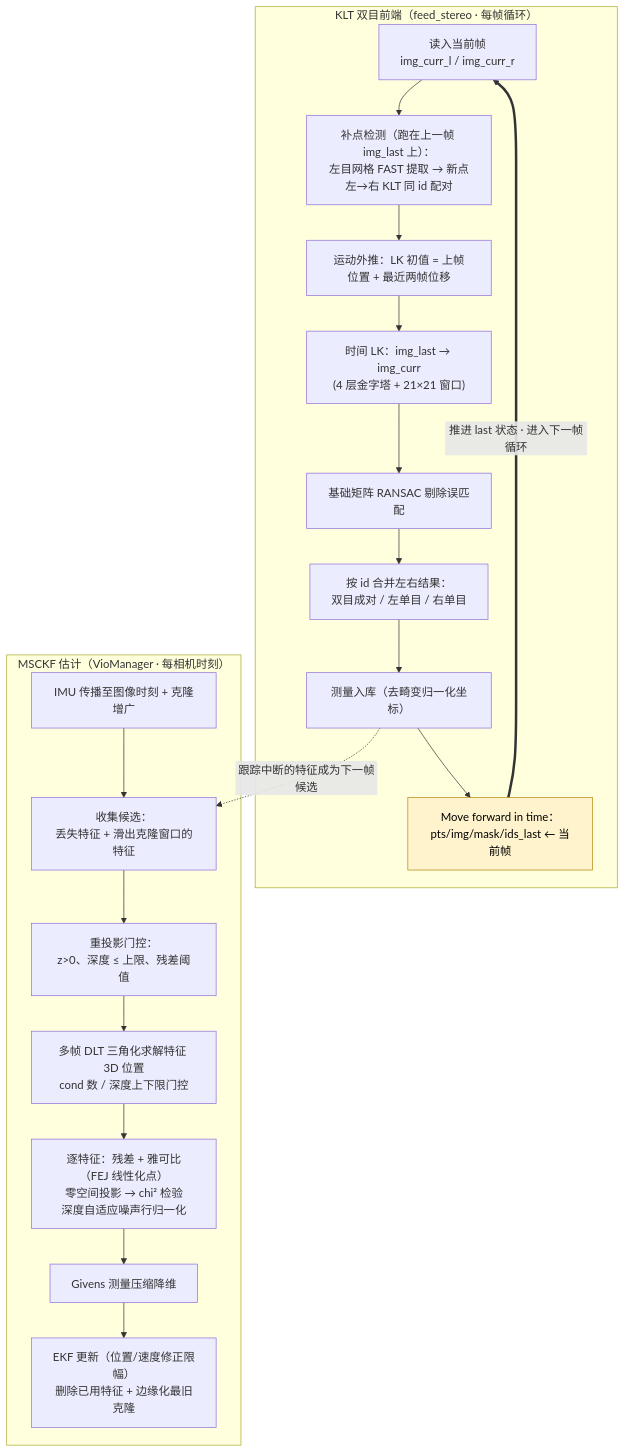
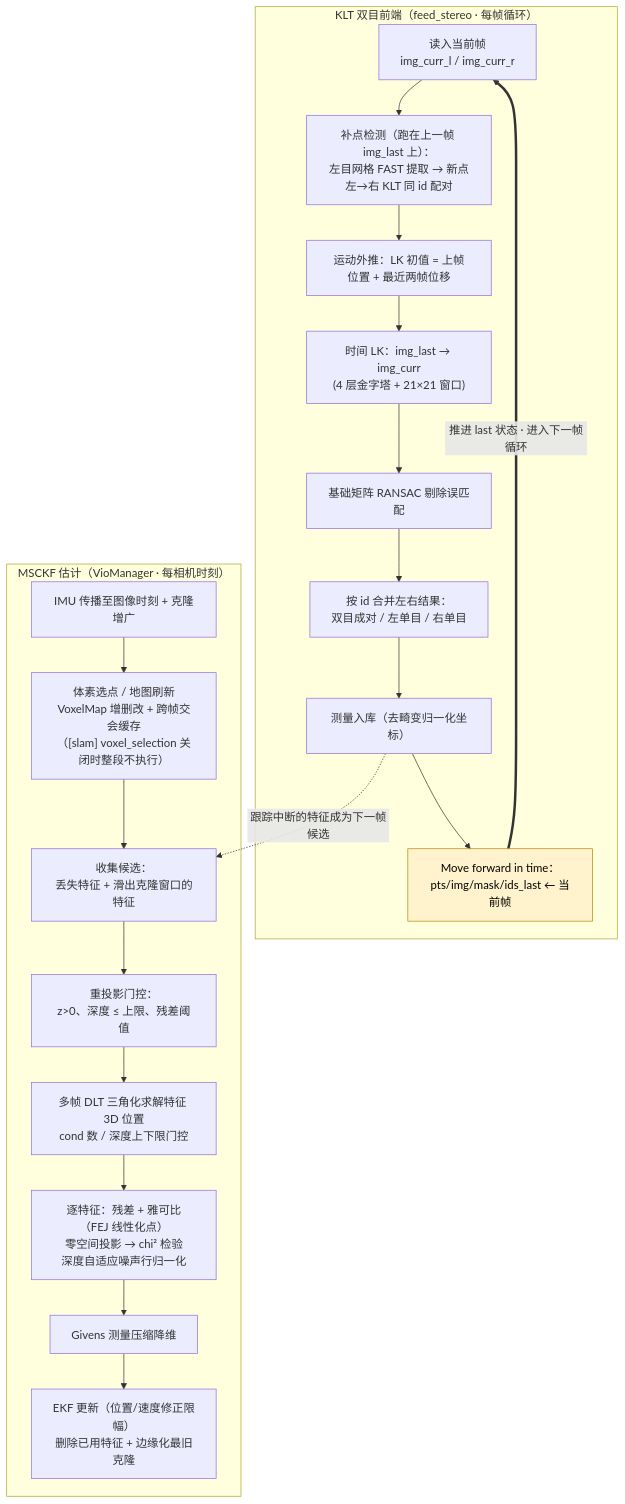
The second of 2 diagrams in docs/architecture.md (3SE-Competitive-Robotics-Team/firefly), drawn with Mermaid before and after one commit. The commit also changed other lines of this file, not shown here.

First line of the commit message:
docs(architecture): 删掉未接线的集群路径，补上体素 SLAM 层

````diff
--- a/docs/architecture.md
+++ b/docs/architecture.md
@@ -148,31 +146,32 @@
 ```mermaid
 flowchart TD
     subgraph FRONTEND["KLT 双目前端（feed_stereo · 每帧循环）"]
         PRE["读入当前帧<br/>img_curr_l / img_curr_r"]
         DETECT["补点检测（跑在上一帧 img_last 上）：<br/>左目网格 FAST 提取 → 新点左→右 KLT 同 id 配对"]
         EXTRAP["运动外推：LK 初值 = 上帧位置 + 最近两帧位移"]
         TLK["时间 LK：img_last → img_curr<br/>(4 层金字塔 + 21×21 窗口)"]
         RANSAC["基础矩阵 RANSAC 剔除误匹配"]
         PAIR["按 id 合并左右结果：<br/>双目成对 / 左单目 / 右单目"]
         DB["测量入库（去畸变归一化坐标）"]
         ADVANCE["Move forward in time：<br/>pts/img/mask/ids_last ← 当前帧"]
         PRE --> DETECT --> EXTRAP --> TLK --> RANSAC --> PAIR --> DB --> ADVANCE
     end
 
     subgraph MSCKF["MSCKF 估计（VioManager · 每相机时刻）"]
         PROPAG["IMU 传播至图像时刻 + 克隆增广"]
+        VOXEL["体素选点 / 地图刷新<br/>VoxelMap 增删改 + 跨帧交会缓存<br/>（[slam] voxel_selection 关闭时整段不执行）"]
         COLLECT["收集候选：<br/>丢失特征 + 滑出克隆窗口的特征"]
         RGATE["重投影门控：<br/>z>0、深度 ≤ 上限、残差阈值"]
         TRIANG["多帧 DLT 三角化求解特征 3D 位置<br/>cond 数 / 深度上下限门控"]
         JRES["逐特征：残差 + 雅可比（FEJ 线性化点）<br/>零空间投影 → chi² 检验<br/>深度自适应噪声行归一化"]
         COMPRESS["Givens 测量压缩降维"]
         UPDATE["EKF 更新（位置/速度修正限幅）<br/>删除已用特征 + 边缘化最旧克隆"]
-        PROPAG --> COLLECT --> RGATE --> TRIANG --> JRES --> COMPRESS --> UPDATE
+        PROPAG --> VOXEL --> COLLECT --> RGATE --> TRIANG --> JRES --> COMPRESS --> UPDATE
     end
 
     DB -.->|"跟踪中断的特征成为下一帧候选"| COLLECT
     ADVANCE ==>|"推进 last 状态 · 进入下一帧循环"| PRE
 
     classDef critical fill:#fff3cd,stroke:#b8860b,color:#000;
     class ADVANCE critical;
 ```
````
